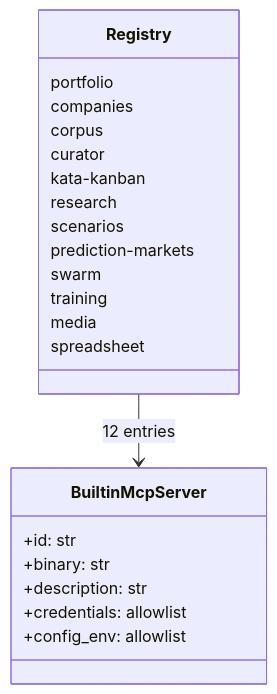
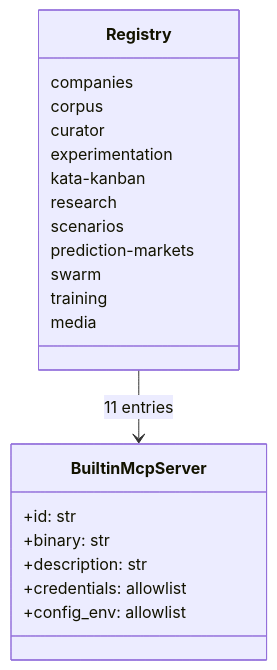
Before and after one commit to mdz-axo/zed-kask: the second of 3 diagrams in kask/docs/diataxis/kask_bridge/reference.md, drawn with Mermaid. The commit also changed other lines of this file and 78 other files, not shown here.

First line of the commit message:
Remove the spreadsheet MCP capability end-to-end

````diff
--- a/kask/docs/diataxis/kask_bridge/reference.md
+++ b/kask/docs/diataxis/kask_bridge/reference.md
@@ -133,25 +133,24 @@
 ```mermaid
 classDiagram
     class BuiltinMcpServer {
         +id: str
         +binary: str
         +description: str
         +credentials: allowlist
         +config_env: allowlist
     }
     class Registry {
-        portfolio
         companies
         corpus
         curator
+        experimentation
         kata-kanban
         research
         scenarios
         prediction-markets
         swarm
         training
         media
-        spreadsheet
     }
-    Registry --> BuiltinMcpServer : 12 entries
+    Registry --> BuiltinMcpServer : 11 entries
 ```
````
